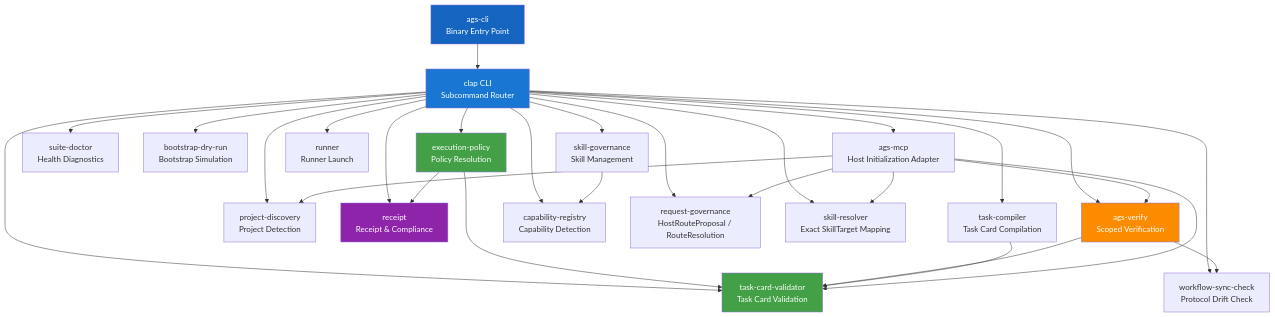
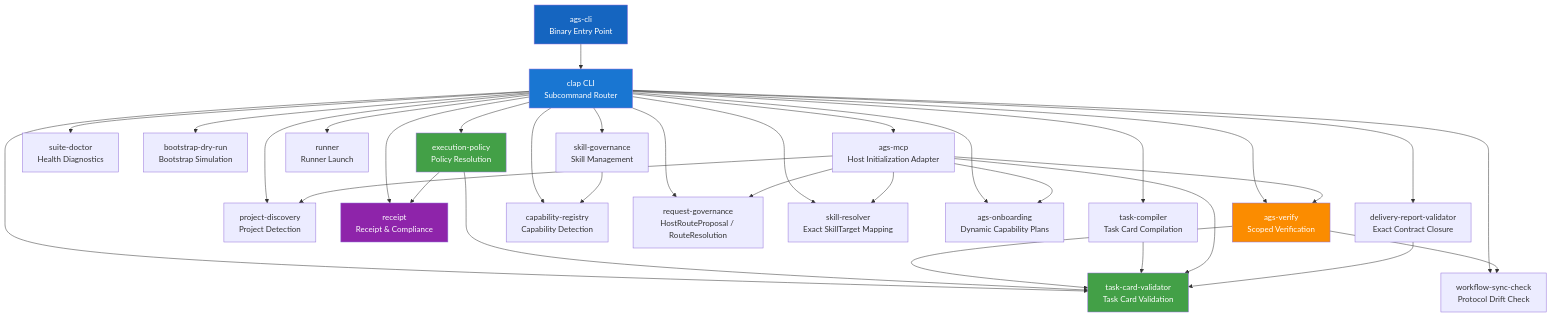
One commit to FernandeZ-hjm/Agent-General-Staff changed the second of 5 diagrams in docs/architecture.md. Above: the diagram before and after it, drawn with Mermaid. The commit also changed other lines of this file and 77 other files, not shown here.

````diff
--- a/docs/architecture.md
+++ b/docs/architecture.md
@@ -77,38 +82,42 @@
 ```mermaid
 graph TD
     A[ags-cli<br/>Binary Entry Point] --> B[clap CLI<br/>Subcommand Router]
     B --> C1[task-card-validator<br/>Task Card Validation]
     B --> C2[execution-policy<br/>Policy Resolution]
     B --> C3[suite-doctor<br/>Health Diagnostics]
     B --> C4[bootstrap-dry-run<br/>Bootstrap Simulation]
     B --> C5[workflow-sync-check<br/>Protocol Drift Check]
     B --> C6[ags-verify<br/>Scoped Verification]
     B --> C7[project-discovery<br/>Project Detection]
     B --> C8[receipt<br/>Receipt & Compliance]
     B --> C9[task-compiler<br/>Task Card Compilation]
     B --> C10[skill-governance<br/>Skill Management]
     B --> C11[capability-registry<br/>Capability Detection]
     B --> C12[runner<br/>Runner Launch]
     B --> C13[ags-mcp<br/>Host Initialization Adapter]
     B --> C14[request-governance<br/>HostRouteProposal / RouteResolution]
     B --> C15[skill-resolver<br/>Exact SkillTarget Mapping]
+    B --> C16[ags-onboarding<br/>Dynamic Capability Plans]
+    B --> C17[delivery-report-validator<br/>Exact Contract Closure]
 
     C2 --> C1
     C2 --> C8
     C6 --> C1
     C6 --> C5
     C9 --> C1
     C10 --> C11
     C13 --> C7
     C13 --> C1
     C13 --> C6
     C13 --> C14
     C13 --> C15
+    C13 --> C16
+    C17 --> C1
 
     style A fill:#1565c0,color:#fff
     style B fill:#1976d2,color:#fff
     style C1 fill:#43a047,color:#fff
     style C2 fill:#43a047,color:#fff
     style C6 fill:#fb8c00,color:#fff
     style C8 fill:#8e24aa,color:#fff
 ```
````
